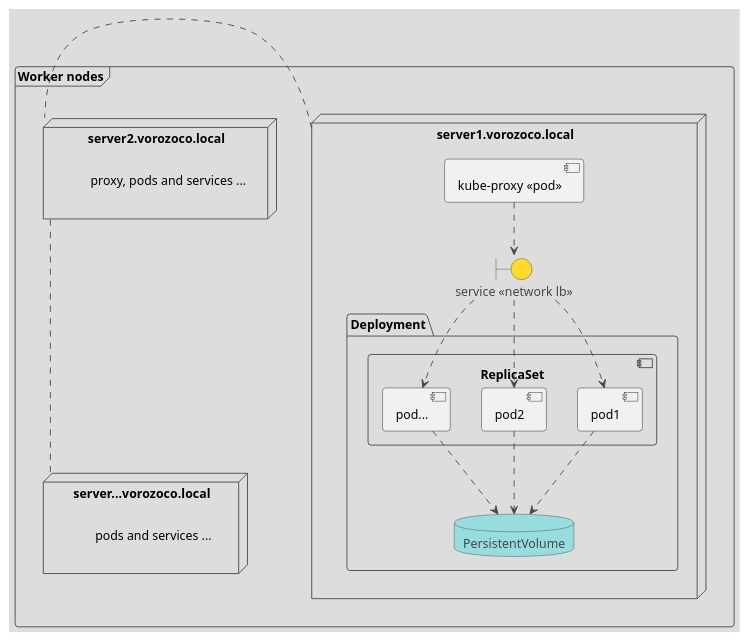
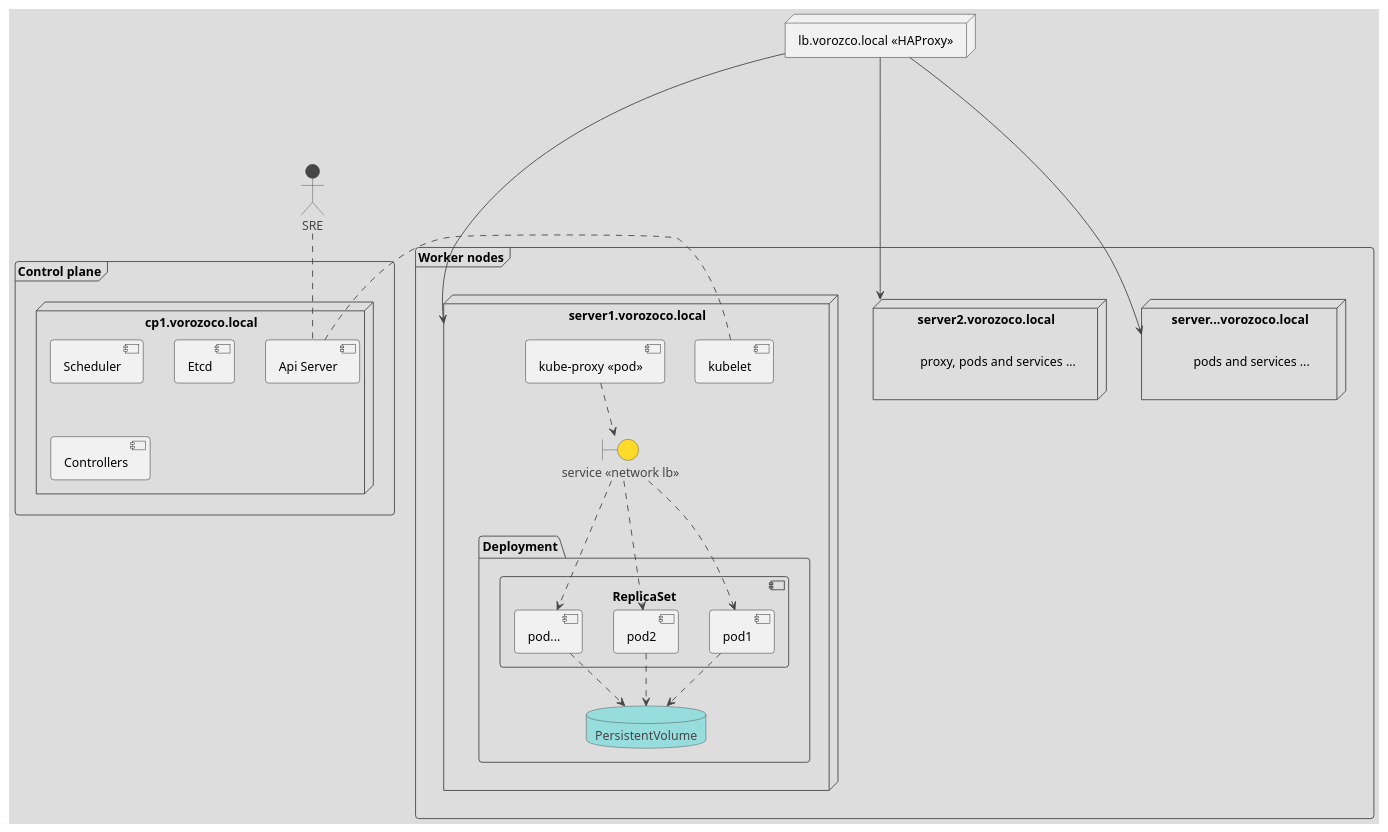
Before and after one commit to tuxtor/kubernetes-con-dibujitos: the diagram in diagram.puml, drawn with PlantUML.

Commit message:
Control plane

```diff
--- a/diagram.puml
+++ b/diagram.puml
@@ -1,53 +1,74 @@
 @startuml
 !theme toy
 
 frame workernodes as "Worker nodes"{
 node server1 as "server1.vorozoco.local"{
 
 package Deployment {
 
 
      component rs as "ReplicaSet"{
     
         component pod1
 
         component pod2 
 
         component pod3 as "pod..."
 
         
     }
 
     database PersistentVolume as "PersistentVolume"
 }
 
 boundary service as "service <<network lb>>"
 
 component kubeproxy1 as "kube-proxy <<pod>>"
+
+component kubelet
 }
 
 node server2 as "server2.vorozoco.local"{
     label "proxy, pods and services ..."
 }
 
 node servern as "server...vorozoco.local"{
     label "pods and services ..."
 }
 service ..> pod1
 service ..> pod2
 service ..> pod3
 
 pod1 ..> PersistentVolume
 pod2 ..> PersistentVolume
 pod3 ..> PersistentVolume
 
-server1 ...right.. server2
-server2 ..down.. servern
-
 kubeproxy1 ..> service
 
 }
 
 
+frame controlplane as "Control plane"{
+    node cp1 as "cp1.vorozoco.local"{
+        component API as "Api Server"
+
+        component Scheduler
+        component Etcd 
+        component "Controllers"
+        
+    }
+}
+
+actor SRE
+
+node loadbalancer as "lb.vorozco.local <<HAProxy>>"
+
+kubelet ...left... API
+
+SRE .. API
+
+loadbalancer --down--> server1
+loadbalancer --down--> server2
+loadbalancer --down--> servern
 
 @enduml
```
